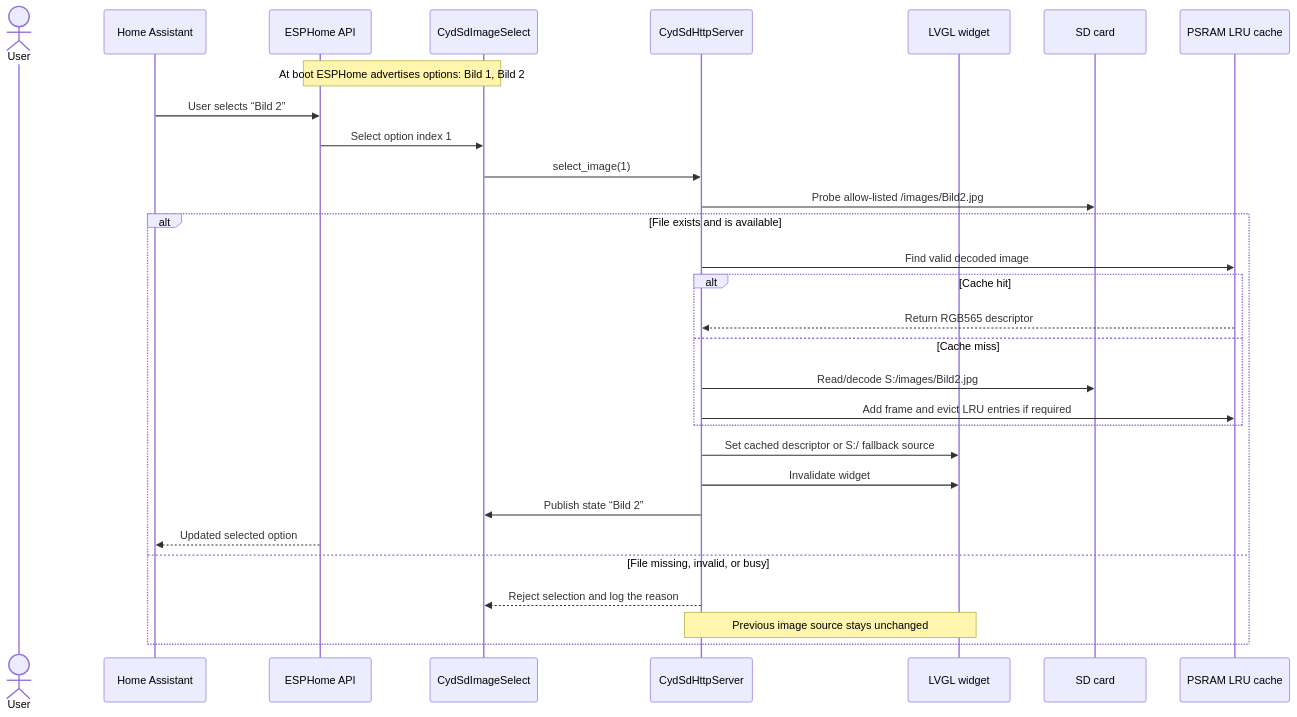
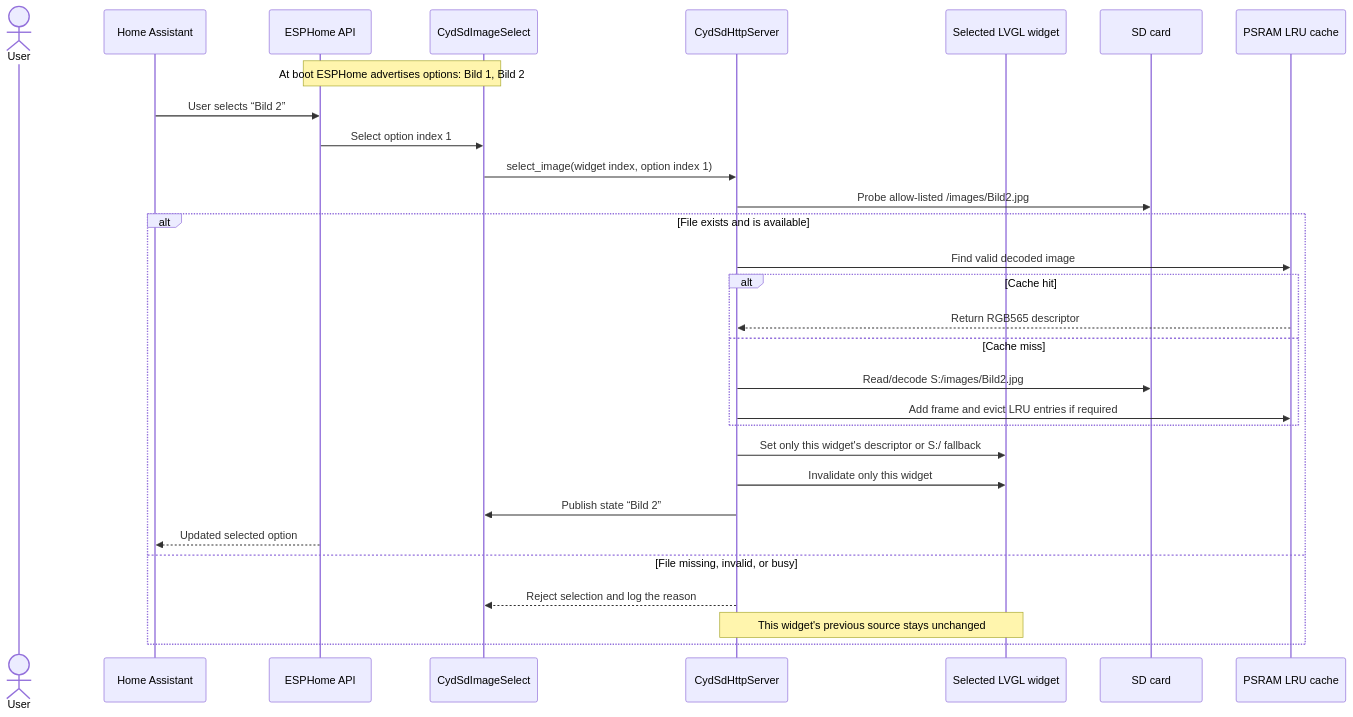
The fourth of 5 diagrams in docs/DIRECT_SD_IMAGE_WORKFLOW.md (herrdivad/ESPHomeSDCardServer), drawn with Mermaid before and after one commit. The commit also changed other lines of this file and 8 other files, not shown here.

````diff
--- a/docs/DIRECT_SD_IMAGE_WORKFLOW.md
+++ b/docs/DIRECT_SD_IMAGE_WORKFLOW.md
@@ -166,33 +179,33 @@
 ```mermaid
 sequenceDiagram
     actor User
     participant HA as Home Assistant
     participant API as ESPHome API
     participant Select as CydSdImageSelect
     participant Server as CydSdHttpServer
-    participant LVGL as LVGL widget
+    participant LVGL as Selected LVGL widget
     participant Card as SD card
     participant Cache as PSRAM LRU cache
 
     Note over API,Select: At boot ESPHome advertises options: Bild 1, Bild 2
     HA->>API: User selects “Bild 2”
     API->>Select: Select option index 1
-    Select->>Server: select_image(1)
+    Select->>Server: select_image(widget index, option index 1)
     Server->>Card: Probe allow-listed /images/Bild2.jpg
     alt File exists and is available
         Server->>Cache: Find valid decoded image
         alt Cache hit
             Cache-->>Server: Return RGB565 descriptor
         else Cache miss
             Server->>Card: Read/decode S:/images/Bild2.jpg
             Server->>Cache: Add frame and evict LRU entries if required
         end
-        Server->>LVGL: Set cached descriptor or S:/ fallback source
-        Server->>LVGL: Invalidate widget
+        Server->>LVGL: Set only this widget's descriptor or S:/ fallback
+        Server->>LVGL: Invalidate only this widget
         Server->>Select: Publish state “Bild 2”
         API-->>HA: Updated selected option
     else File missing, invalid, or busy
         Server-->>Select: Reject selection and log the reason
-        Note over Server,LVGL: Previous image source stays unchanged
+        Note over Server,LVGL: This widget's previous source stays unchanged
     end
 ```
````
